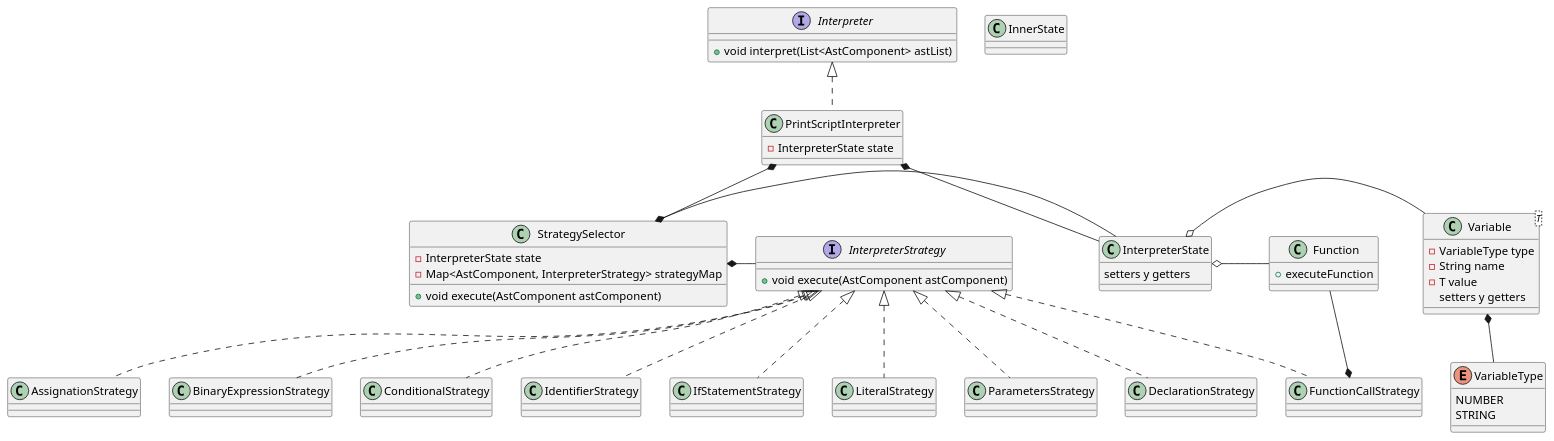
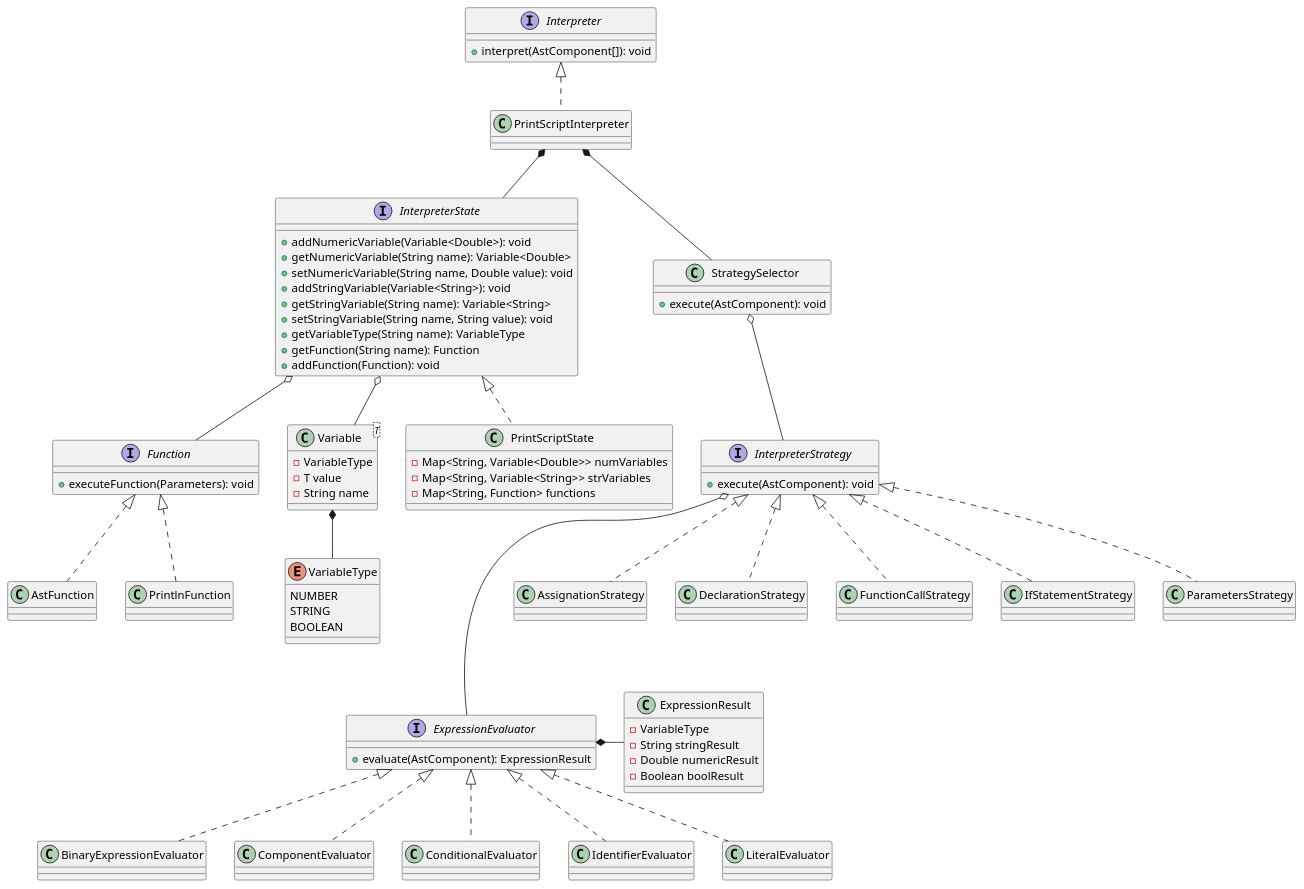
The diagram in diagrams/interpreter.puml (Al-Fajor/printscript), drawn with PlantUML before and after one commit. The commit also changed 2 other files, not shown here.

Commit message:
updated interpreter uml

```diff
--- a/diagrams/interpreter.puml
+++ b/diagrams/interpreter.puml
@@ -1,57 +1,71 @@
 @startuml
+PrintScriptInterpreter *-- InterpreterState
+PrintScriptInterpreter *-- StrategySelector
+InterpreterState o-- Function
+InterpreterState o-- Variable
+Variable *-- VariableType
+ExpressionEvaluator *- ExpressionResult
+StrategySelector o-- InterpreterStrategy
+InterpreterStrategy o--- ExpressionEvaluator
 interface Interpreter {
-    +void interpret(List<AstComponent> astList)
+    +interpret(AstComponent[]): void
 }
-class PrintScriptInterpreter implements Interpreter {
-    -InterpreterState state
-}
-class InterpreterState {
-    setters y getters
+interface Function {
+    +executeFunction(Parameters): void
 
 }
-PrintScriptInterpreter *-- InterpreterState
-
+interface InterpreterState {
+    +addNumericVariable(Variable<Double>): void
+    +getNumericVariable(String name): Variable<Double>
+    +setNumericVariable(String name, Double value): void
+    +addStringVariable(Variable<String>): void
+    +getStringVariable(String name): Variable<String>
+    +setStringVariable(String name, String value): void
+    +getVariableType(String name): VariableType
+    +getFunction(String name): Function
+    +addFunction(Function): void
+}
+class AstFunction implements Function
+class PrintlnFunction implements Function
+class PrintScriptInterpreter implements Interpreter
+class PrintScriptState implements InterpreterState {
+    -Map<String, Variable<Double>> numVariables
+    -Map<String, Variable<String>> strVariables
+    -Map<String, Function> functions
+}
+class StrategySelector {
+    +execute(AstComponent): void
+}
 class Variable<T> {
-    -VariableType type
+    -VariableType
+    -T value
     -String name
-    -T value
-    setters y getters
 }
 enum VariableType {
     NUMBER
     STRING
+    BOOLEAN
 }
-Variable *-- VariableType
-InterpreterState o- Variable
-
-class Function {
-    +executeFunction
+class BinaryExpressionEvaluator implements ExpressionEvaluator
+class ComponentEvaluator implements ExpressionEvaluator
+class ConditionalEvaluator implements ExpressionEvaluator
+class ExpressionResult {
+    -VariableType
+    -String stringResult
+    -Double numericResult
+    -Boolean boolResult
 }
-
-InterpreterState o- Function
-
-class InnerState
-
+class IdentifierEvaluator implements ExpressionEvaluator
+class LiteralEvaluator implements ExpressionEvaluator
+interface ExpressionEvaluator {
+    +evaluate(AstComponent): ExpressionResult
+}
+class AssignationStrategy implements InterpreterStrategy
+class DeclarationStrategy implements InterpreterStrategy
+class FunctionCallStrategy implements InterpreterStrategy
+class IfStatementStrategy implements InterpreterStrategy
+class ParametersStrategy implements InterpreterStrategy
 interface InterpreterStrategy {
-    +void execute(AstComponent astComponent)
+    +execute(AstComponent): void
 }
-class StrategySelector {
-    -InterpreterState state
-    -Map<AstComponent, InterpreterStrategy> strategyMap
-    +void execute(AstComponent astComponent)
-}
-StrategySelector *- InterpreterState
-class DeclarationStrategy implements InterpreterStrategy
-class AssignationStrategy implements InterpreterStrategy
-class BinaryExpressionStrategy implements InterpreterStrategy
-class ConditionalStrategy implements InterpreterStrategy
-class FunctionCallStrategy implements InterpreterStrategy
-class IdentifierStrategy implements InterpreterStrategy
-class IfStatementStrategy implements InterpreterStrategy
-class LiteralStrategy implements InterpreterStrategy
-class ParametersStrategy implements InterpreterStrategy
-Function -* FunctionCallStrategy
-
-PrintScriptInterpreter *-- StrategySelector
-StrategySelector *- InterpreterStrategy
 @enduml
```
